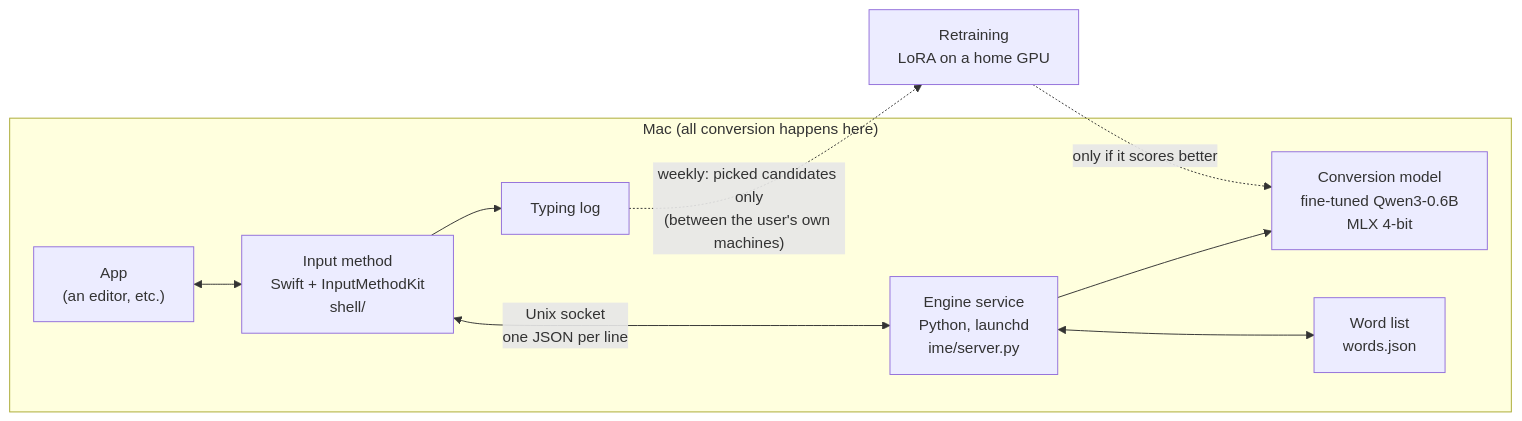
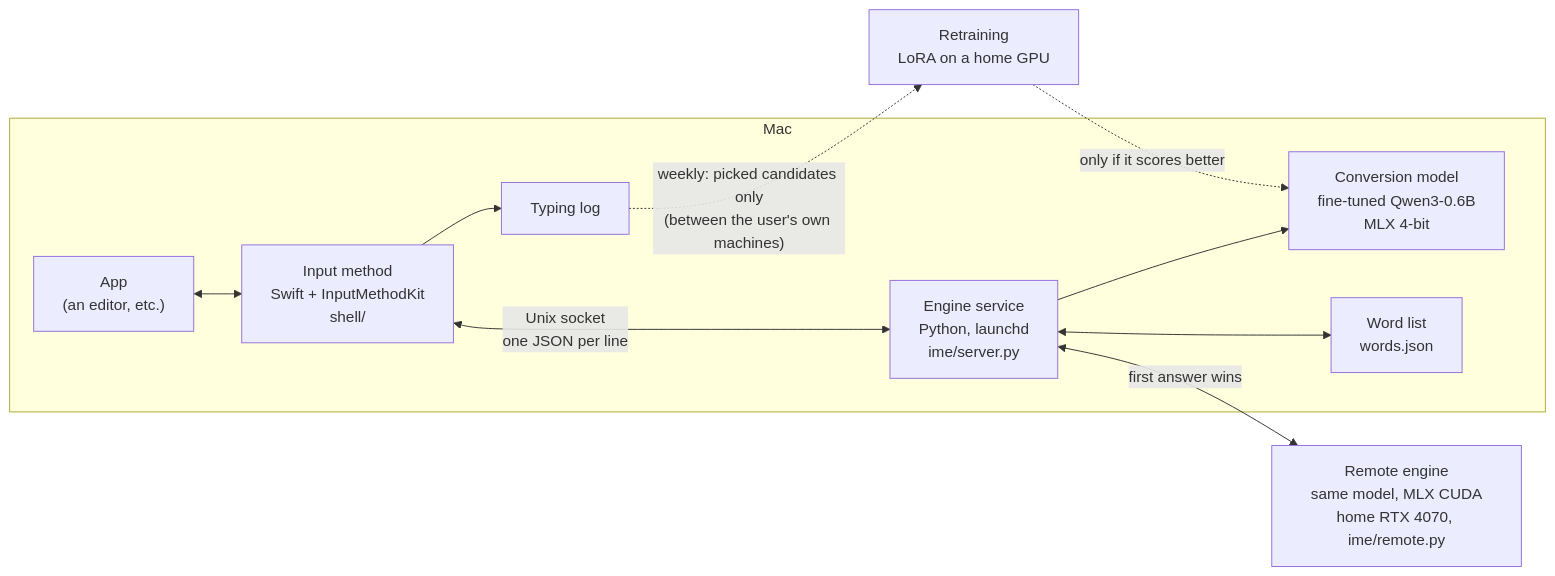
One commit to yizilian-iren/llm-ime changed the diagram in README.md. Above: the diagram before and after it, drawn with Mermaid. The commit also changed other lines of this file and 2 other files, not shown here.

First line of the commit message:
README: latency with the remote engine (29 / 38 / 47 ms), the remote in the architecture (7A.6, D-067)

````diff
--- a/README.md
+++ b/README.md
@@ -23,18 +23,19 @@
 ```mermaid
 flowchart LR
-  subgraph Mac["Mac (all conversion happens here)"]
+  subgraph Mac["Mac"]
     App["App<br/>(an editor, etc.)"]
     Shell["Input method<br/>Swift + InputMethodKit<br/>shell/"]
     Engine["Engine service<br/>Python, launchd<br/>ime/server.py"]
     Model["Conversion model<br/>fine-tuned Qwen3-0.6B<br/>MLX 4-bit"]
     Words["Word list<br/>words.json"]
     Log["Typing log"]
     App <--> Shell
     Shell <-->|"Unix socket<br/>one JSON per line"| Engine
     Engine --> Model
     Engine <--> Words
     Shell --> Log
   end
+  Engine <-->|"first answer wins"| Remote["Remote engine<br/>same model, MLX CUDA<br/>home RTX 4070, ime/remote.py"]
   Log -.->|"weekly: picked candidates only<br/>(between the user's own machines)"| Retrain["Retraining<br/>LoRA on a home GPU"]
   Retrain -.->|"only if it scores better"| Model
 ```
````
